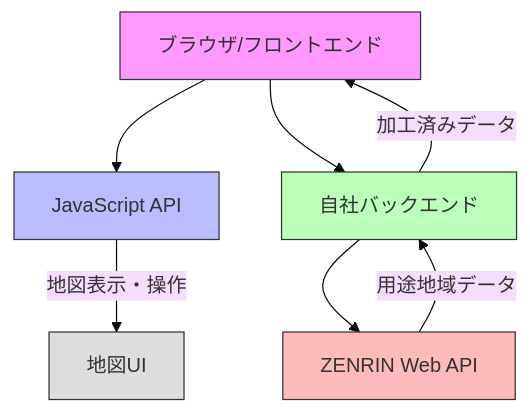
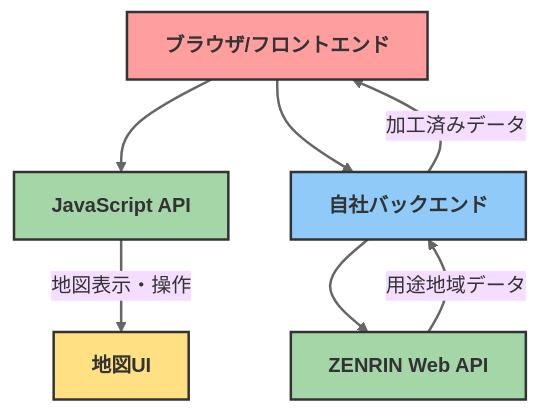
One commit to kamekamek/legal_api changed the diagram in docs/zenrin_api_architecture.md. Above: the diagram before and after it, drawn with Mermaid (base theme). The commit also changed 2 other files, not shown here.

Commit message:
問題点の解決

````diff
--- a/docs/zenrin_api_architecture.md
+++ b/docs/zenrin_api_architecture.md
@@ -45,16 +45,23 @@
 ```mermaid
 graph TD
     A[ブラウザ/フロントエンド] --> B[JavaScript API]
     A --> C[自社バックエンド]
     C --> D[ZENRIN Web API]
     
     B -->|地図表示・操作| E[地図UI]
     D -->|用途地域データ| C
     C -->|加工済みデータ| A
 
-    style A fill:#f9f,stroke:#333
-    style B fill:#bbf,stroke:#333
-    style C fill:#bfb,stroke:#333
-    style D fill:#fbb,stroke:#333
-    style E fill:#ddd,stroke:#333
+    classDef default fill:#f4f4f4,stroke:#333,stroke-width:2px;
+    classDef frontend fill:#FF9E9E,stroke:#333,stroke-width:2px,color:#333,font-weight:bold;
+    classDef backend fill:#90CAF9,stroke:#333,stroke-width:2px,color:#333,font-weight:bold;
+    classDef api fill:#A5D6A7,stroke:#333,stroke-width:2px,color:#333,font-weight:bold;
+    classDef ui fill:#FFE082,stroke:#333,stroke-width:2px,color:#333,font-weight:bold;
+
+    class A frontend;
+    class B,D api;
+    class C backend;
+    class E ui;
+
+    linkStyle default stroke:#666,stroke-width:2px;
 ```
````
